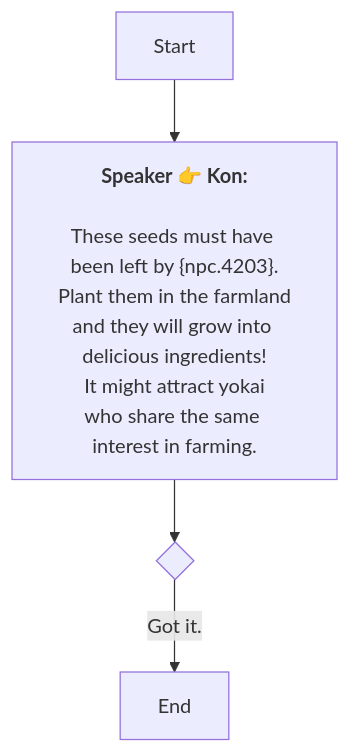
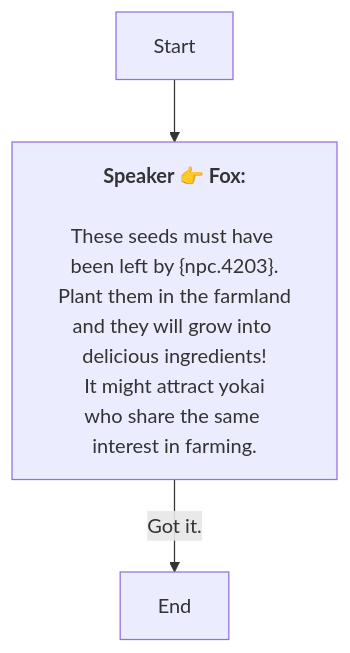
Before and after one commit to SoftHu/tos_avg: the diagram in En/QuestStartTalkENode_1750222871049510.md, drawn with Mermaid. The commit also changed 737 other files, not shown here.

````diff
--- a/En/QuestStartTalkENode_1750222871049510.md
+++ b/En/QuestStartTalkENode_1750222871049510.md
@@ -1,13 +1,10 @@
 ```mermaid
 graph
-Start -->1750223292097833[<b>Speaker 👉 Kon:</b>
+Start -->1750223292097833[<b>Speaker 👉 Fox:</b>
+\nThese seeds must have been left by &lbrace;npc.4203&rbrace;.
+Plant them in the farmland
+and they will grow into delicious ingredients!\nIt might attract yokai
+who share the same interest in farming.]
+1750223292097833 -->|Got it.|1750223591105838[End]
 
-These seeds must have been left by &lbrace;npc.4203&rbrace;.
-Plant them in the farmland
-and they will grow into delicious ingredients!
-It might attract yokai
-who share the same interest in farming.]
-1750223292097833 -->1750223577634091{ }
-1750223577634091 -->|Got it.|1750223591105838[End]
-
- ```
+```
````
